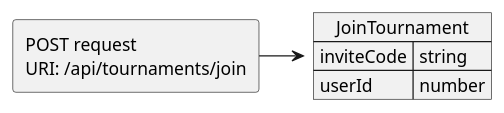
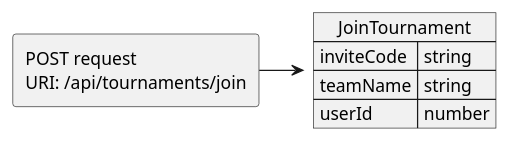
Before and after one commit to JKMN-Projects/TeamTactics: the diagram in docs/JSON Contracts/Requests/JoinTournament.puml, drawn with PlantUML.

Commit message:
Added team name to join tournament json contract

```diff
--- a/docs/JSON Contracts/Requests/JoinTournament.puml
+++ b/docs/JSON Contracts/Requests/JoinTournament.puml
@@ -1,11 +1,12 @@
 @startuml Join tournament request
 allowmixing
 
 agent "POST request \nURI: /api/tournaments/join"
   json "JoinTournament" as J {
     "inviteCode": "string",
+    "teamName": "string",
     "userId": "number"
   }
 
 "POST request \nURI: /api/tournaments/join" -> J 
 @enduml
```
